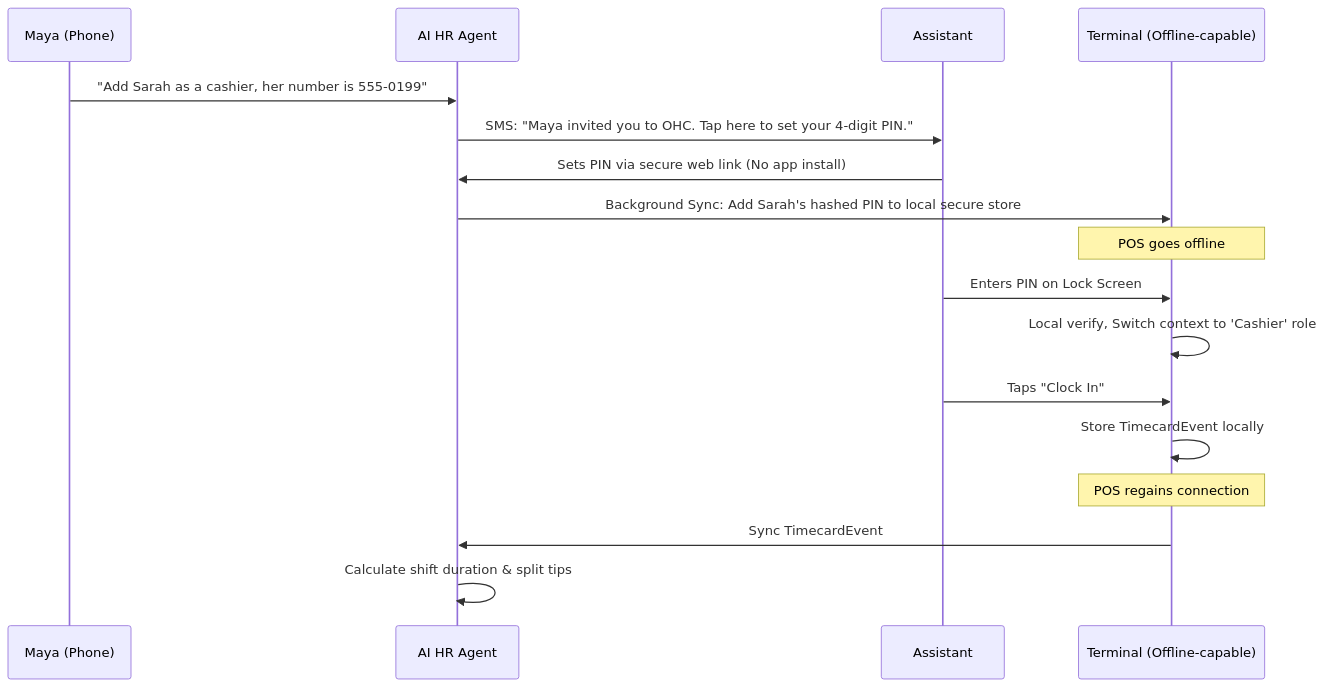
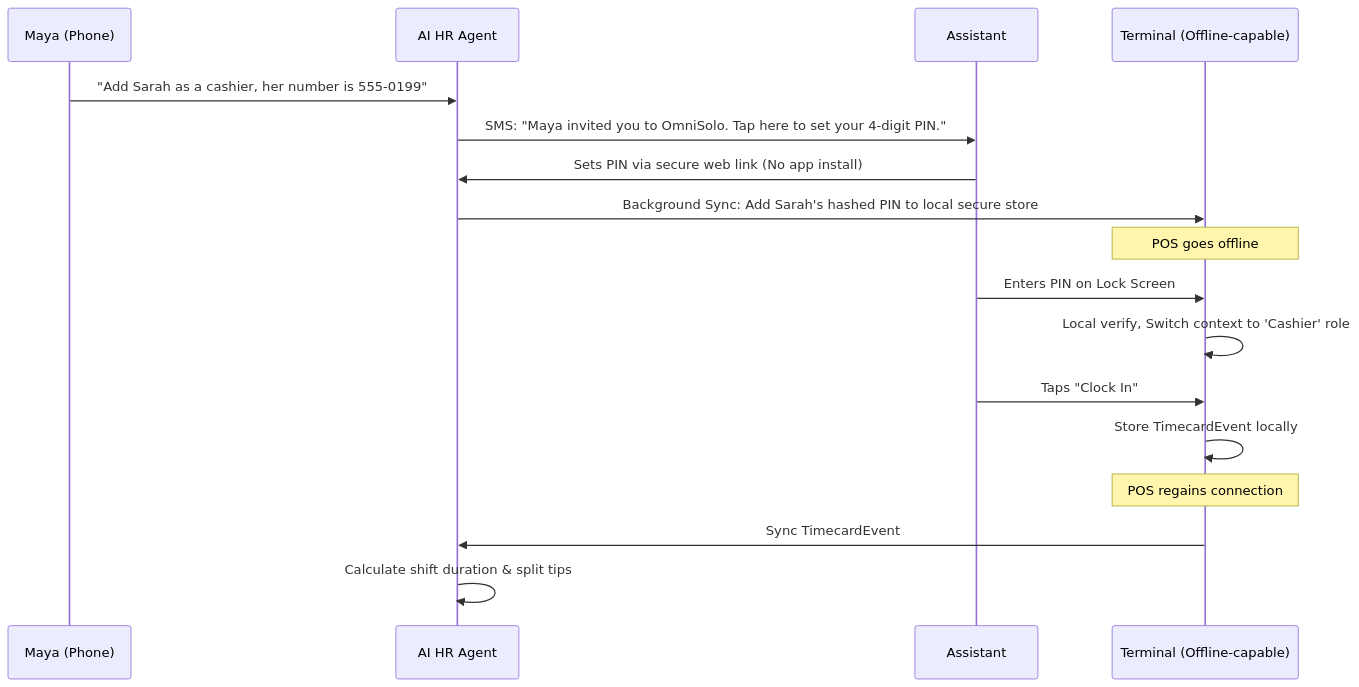
Before and after one commit to omnisolo-llc/onehumancorp: the second of 2 diagrams in docs/research/[architecture]_universal_autonomous_staff_management_mesh.md, drawn with Mermaid. The commit also changed other lines of this file and 2191 other files, not shown here.

Commit message:
feat: complete OmniSolo rename and browser audit

````diff
--- a/docs/research/[architecture]_universal_autonomous_staff_management_mesh.md
+++ b/docs/research/[architecture]_universal_autonomous_staff_management_mesh.md
@@ -46,20 +46,20 @@
 ```mermaid
 sequenceDiagram
     participant Manager as Maya (Phone)
     participant AI as AI HR Agent
     participant Staff as Assistant
     participant POS as Terminal (Offline-capable)
 
     Manager->>AI: "Add Sarah as a cashier, her number is 555-0199"
-    AI->>Staff: SMS: "Maya invited you to OHC. Tap here to set your 4-digit PIN."
+    AI->>Staff: SMS: "Maya invited you to OmniSolo. Tap here to set your 4-digit PIN."
     Staff->>AI: Sets PIN via secure web link (No app install)
     AI->>POS: Background Sync: Add Sarah's hashed PIN to local secure store
     Note over POS: POS goes offline
     Staff->>POS: Enters PIN on Lock Screen
     POS->>POS: Local verify, Switch context to 'Cashier' role
     Staff->>POS: Taps "Clock In"
     POS->>POS: Store TimecardEvent locally
     Note over POS: POS regains connection
     POS->>AI: Sync TimecardEvent
     AI->>AI: Calculate shift duration & split tips
 ```
````
